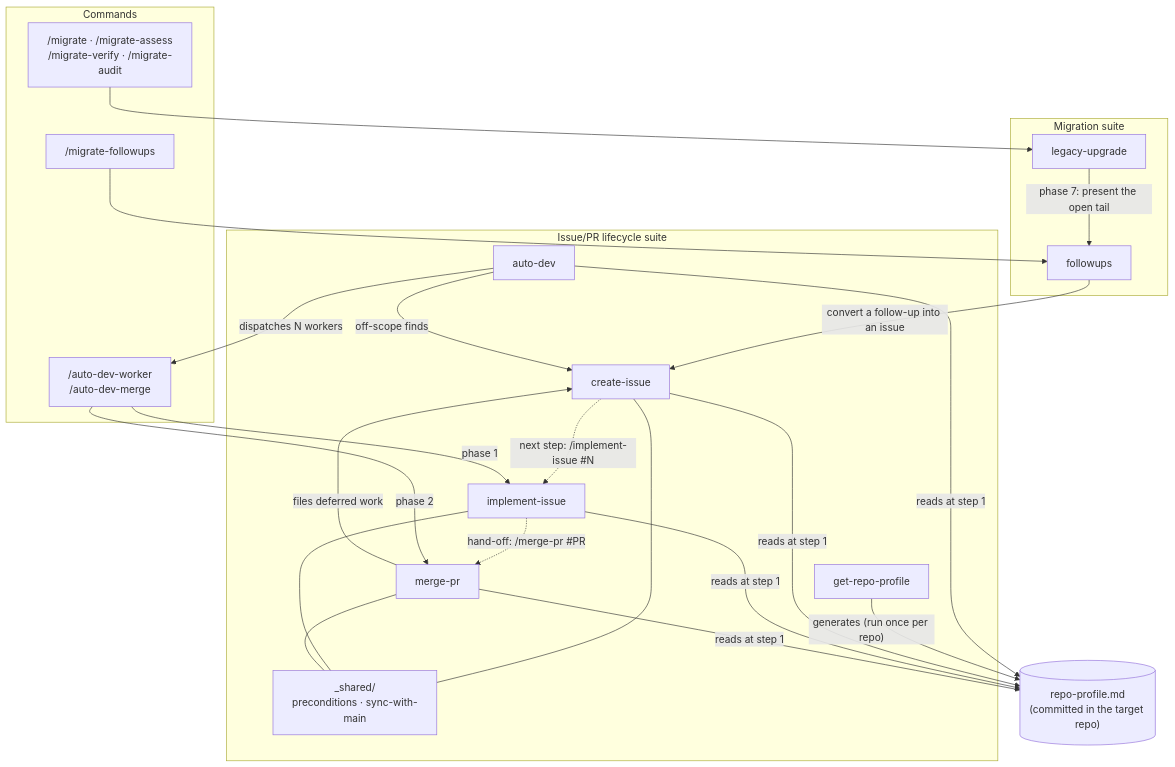
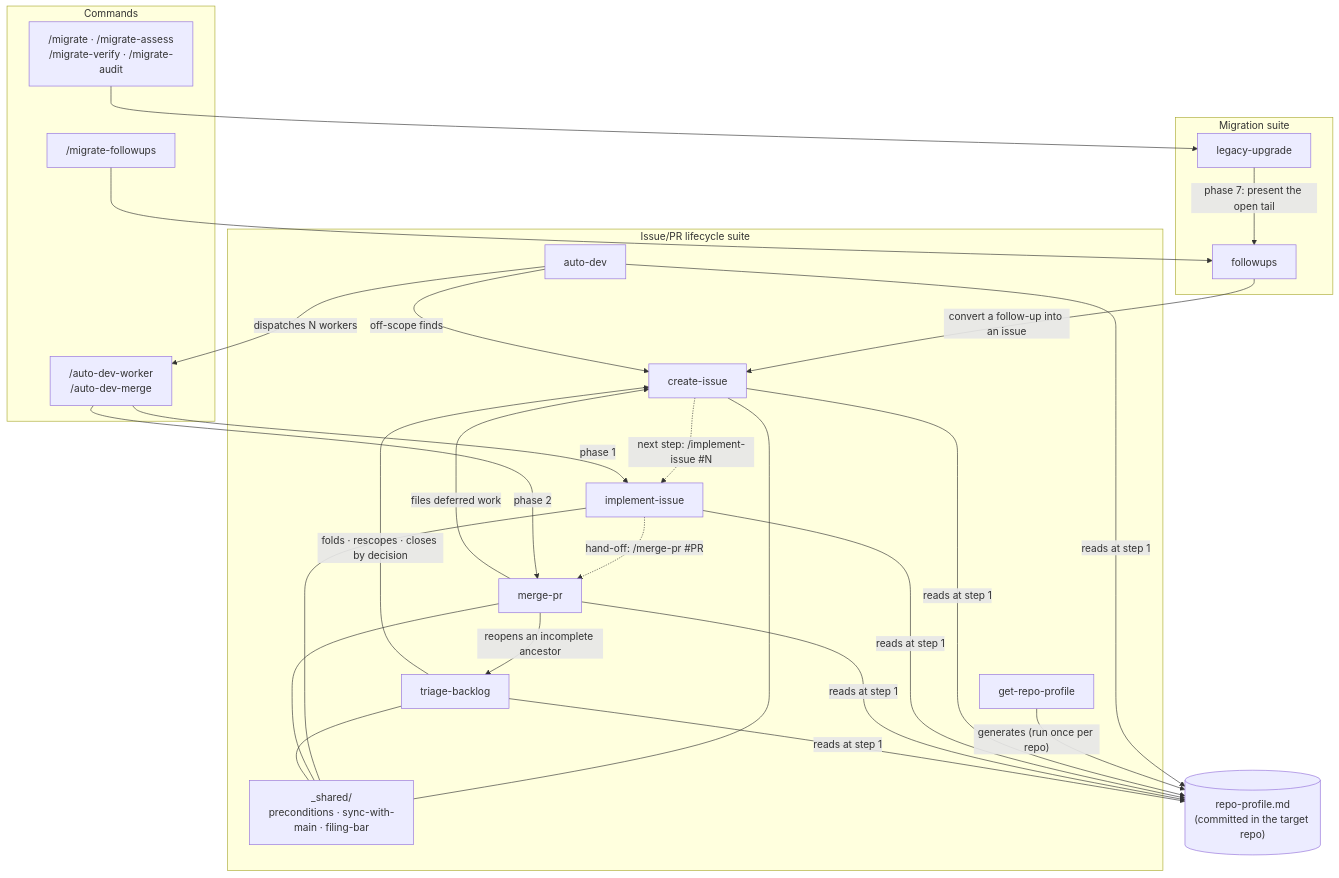
One commit to phmatray/ai-migration-kit changed the first of 2 diagrams in ARCHITECTURE.md. Above: the diagram before and after it, drawn with Mermaid. The commit also changed other lines of this file and 13 other files, not shown here.

````diff
--- a/ARCHITECTURE.md
+++ b/ARCHITECTURE.md
@@ -15,44 +15,49 @@
 ```mermaid
 graph TD
     subgraph commands ["Commands"]
         M["/migrate · /migrate-assess<br>/migrate-verify · /migrate-audit"]
         MF["/migrate-followups"]
         AW["/auto-dev-worker<br>/auto-dev-merge"]
     end
 
     subgraph migration ["Migration suite"]
         LU[legacy-upgrade]
         FU[followups]
     end
 
     subgraph lifecycle ["Issue/PR lifecycle suite"]
         AD[auto-dev]
         CI[create-issue]
         II[implement-issue]
         MP[merge-pr]
+        TB[triage-backlog]
         RP[get-repo-profile]
-        SH["_shared/<br>preconditions · sync-with-main"]
+        SH["_shared/<br>preconditions · sync-with-main · filing-bar"]
     end
 
     PROF[("repo-profile.md<br>(committed in the target repo)")]
 
     M --> LU
     MF --> FU
     LU -- "phase 7: present the open tail" --> FU
     FU -- "convert a follow-up into an issue" --> CI
     CI -. "next step: /implement-issue #N" .-> II
     II -. "hand-off: /merge-pr #PR" .-> MP
     MP -- "files deferred work" --> CI
     AD -- "dispatches N workers" --> AW
     AW -- "phase 1" --> II
     AW -- "phase 2" --> MP
     AD -- "off-scope finds" --> CI
     AD -- "reads at step 1" --> PROF
     RP -- "generates (run once per repo)" --> PROF
     CI -- "reads at step 1" --> PROF
     II -- "reads at step 1" --> PROF
     MP -- "reads at step 1" --> PROF
+    MP -- "reopens an incomplete ancestor" --> TB
+    TB -- "folds · rescopes · closes by decision" --> CI
+    TB -- "reads at step 1" --> PROF
     CI --- SH
     II --- SH
     MP --- SH
+    TB --- SH
 ```
````
